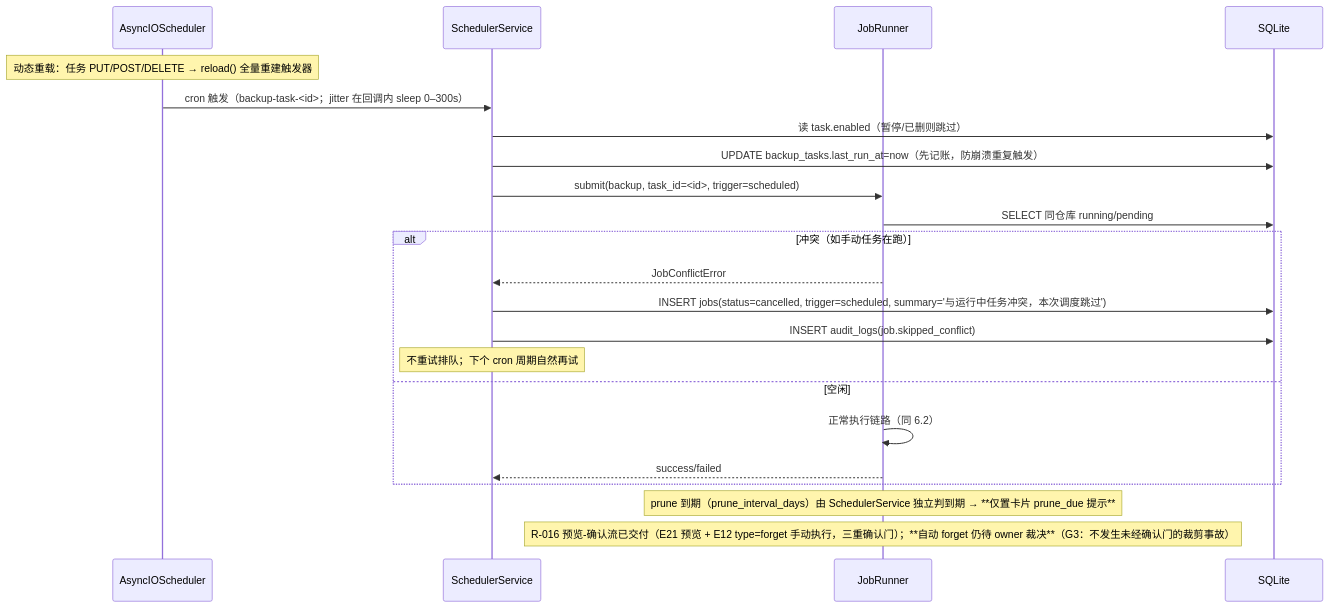
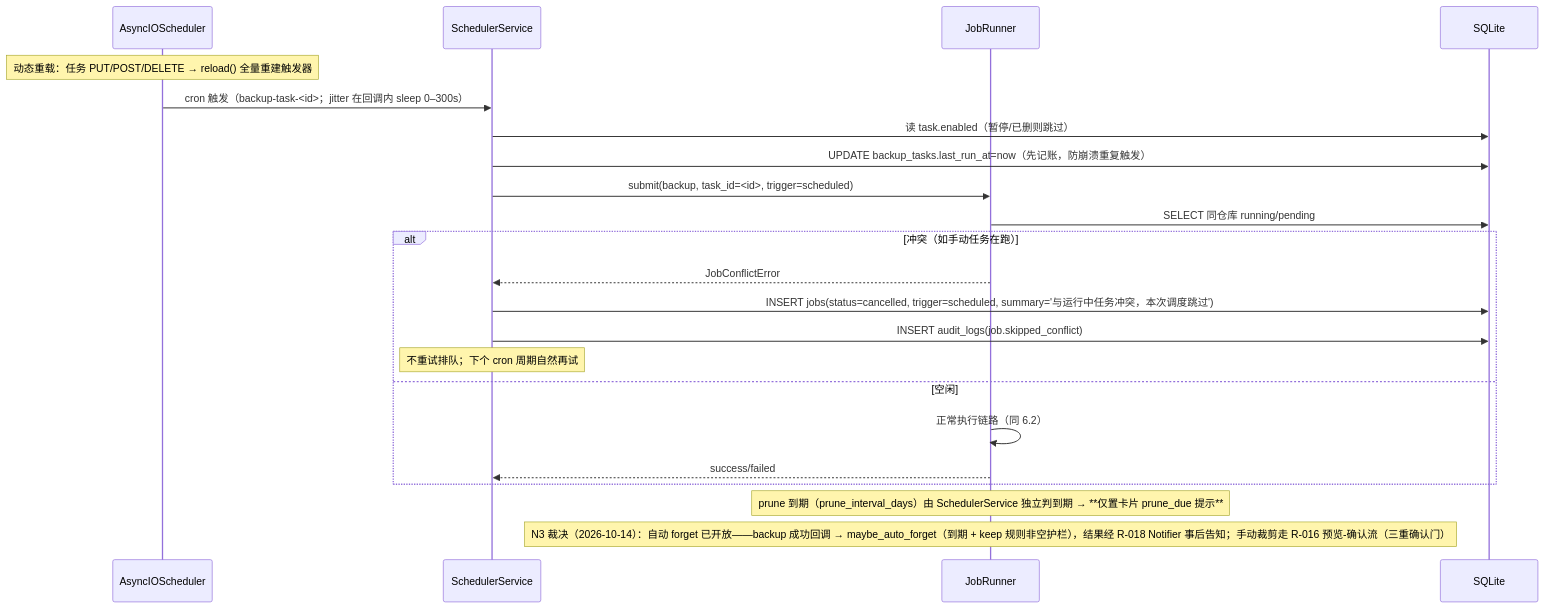
The sixth of 11 diagrams in web版/docs/架构设计文档.md (dolphin738/restic-docker-backup), drawn with Mermaid before and after one commit. The commit also changed other lines of this file and 3 other files, not shown here.

````diff
--- a/web版/docs/架构设计文档.md
+++ b/web版/docs/架构设计文档.md
@@ -771,25 +771,25 @@
 ```mermaid
 sequenceDiagram
     participant APS as AsyncIOScheduler
     participant SC as SchedulerService
     participant JR as JobRunner
     participant DB as SQLite
 
     Note over APS: 动态重载：任务 PUT/POST/DELETE → reload() 全量重建触发器
     APS->>SC: cron 触发（backup-task-<id>；jitter 在回调内 sleep 0–300s）
     SC->>DB: 读 task.enabled（暂停/已删则跳过）
     SC->>DB: UPDATE backup_tasks.last_run_at=now（先记账，防崩溃重复触发）
     SC->>JR: submit(backup, task_id=<id>, trigger=scheduled)
     JR->>DB: SELECT 同仓库 running/pending
     alt 冲突（如手动任务在跑）
         JR-->>SC: JobConflictError
         SC->>DB: INSERT jobs(status=cancelled, trigger=scheduled, summary='与运行中任务冲突，本次调度跳过')
         SC->>DB: INSERT audit_logs(job.skipped_conflict)
         Note over SC: 不重试排队；下个 cron 周期自然再试
     else 空闲
         JR->>JR: 正常执行链路（同 6.2）
         JR-->>SC: success/failed
     end
     Note over JR: prune 到期（prune_interval_days）由 SchedulerService 独立判到期 → **仅置卡片 prune_due 提示**
-    Note over JR: R-016 预览-确认流已交付（E21 预览 + E12 type=forget 手动执行，三重确认门）；**自动 forget 仍待 owner 裁决**（G3：不发生未经确认门的裁剪事故）
+    Note over JR: N3 裁决（2026-10-14）：自动 forget 已开放——backup 成功回调 → maybe_auto_forget（到期 + keep 规则非空护栏），结果经 R-018 Notifier 事后告知；手动裁剪走 R-016 预览-确认流（三重确认门）
 ```
````
